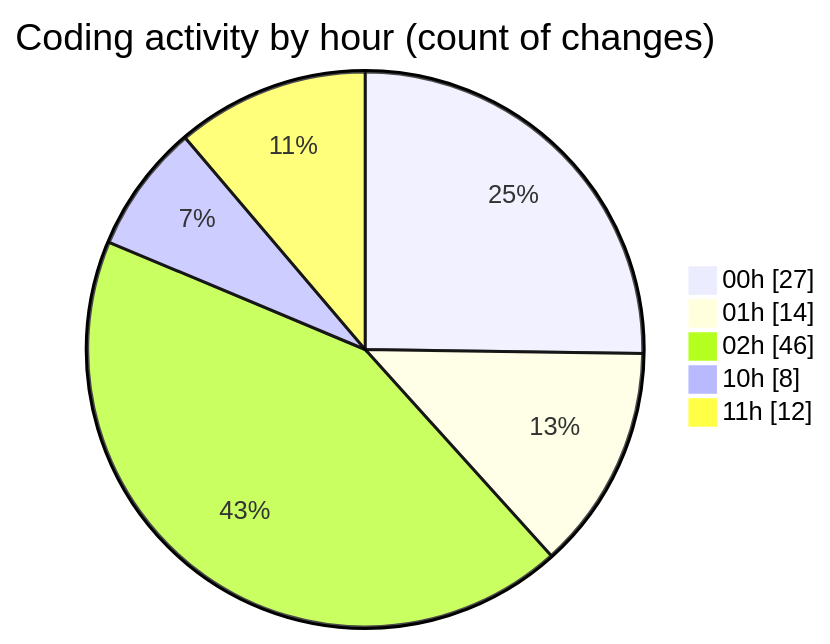
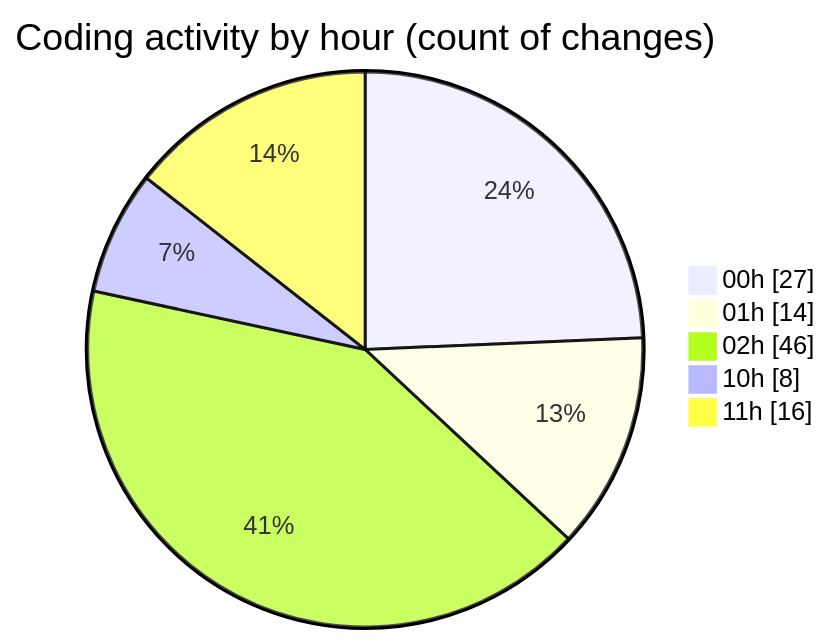
The second of 2 diagrams in 2025-07-17/nhahang/README.md (lephambinh05/code-tracking), drawn with Mermaid before and after one commit. The commit also changed other lines of this file and 1 other file, not shown here.

````diff
--- a/2025-07-17/nhahang/README.md
+++ b/2025-07-17/nhahang/README.md
@@ -58,9 +58,9 @@
 ```mermaid
 pie showData
 title Coding activity by hour (count of changes)
 "00h" : 27
 "01h" : 14
 "02h" : 46
 "10h" : 8
-"11h" : 12
+"11h" : 16
 ```
````
